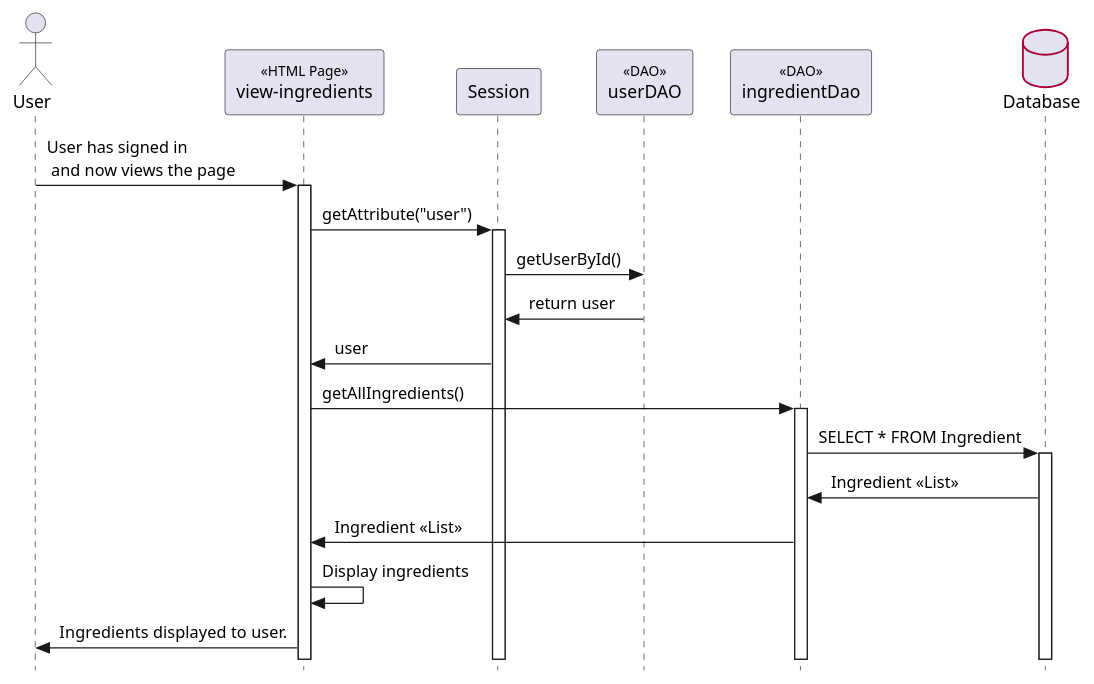
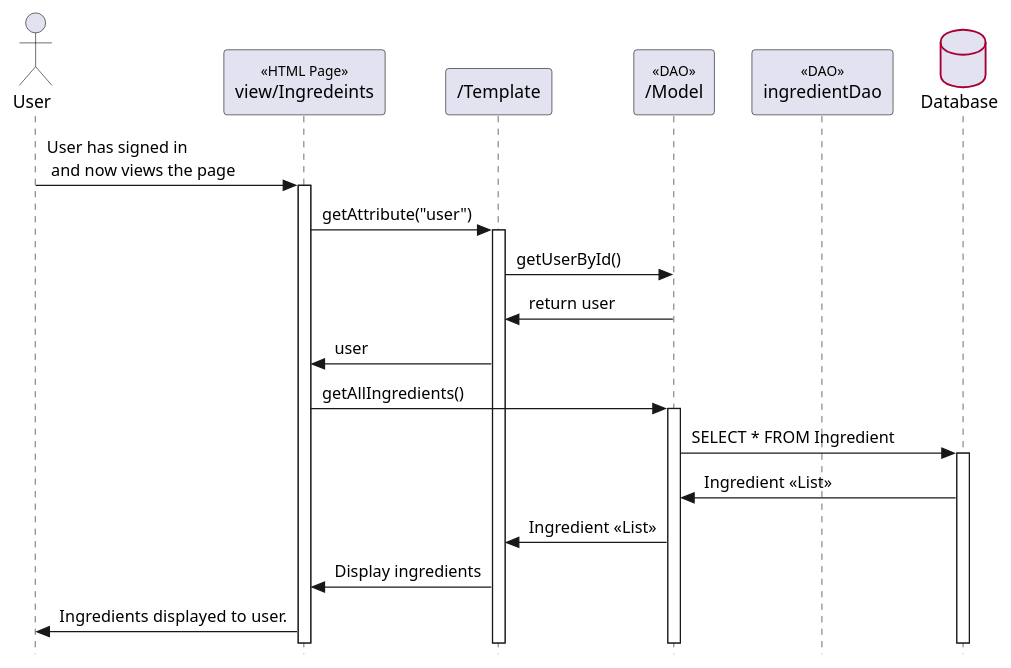
Before and after one commit to bluewolf44/PantryPal: the diagram in Diagrams/UserViewsIngredient.puml, drawn with PlantUML.

Commit message:
fixed the userviews ingredient sequence diagram

```diff
--- a/Diagrams/UserViewsIngredient.puml
+++ b/Diagrams/UserViewsIngredient.puml
@@ -1,51 +1,51 @@
 @startuml customerViewsProductPage
 
 ' === Style Tweaks ===
 
 skinparam {
   Style StrictUML
   RoundCorner 5
   ParticipantPadding 10
   Padding 2
   SequenceStereotype {
     Font {
       Size 11
       Style plain
     }
   }
   Database {
 	BorderColor #A80036
   }
 }
 
 
 ' === Actors / Participants
 
 actor "User" as user
-participant "view-ingredients" as viewIngredients << HTML Page >>
-participant "Session" as session
-participant "userDAO" as userDao << DAO >>
+participant "view/Ingredeints" as viewIngredients << HTML Page >>
+participant "/Template" as template
+participant "/Model" as model << DAO >>
 participant "ingredientDao" as ingredientDao << DAO >>
 database "Database" as db
 
 
 ' === Interactions ===
 
 user -> viewIngredients++ : User has signed in\n and now views the page
 
-viewIngredients -> session++ : getAttribute("user")
-session -> userDao : getUserById()
-userDao -> session : return user
-session -> viewIngredients : user
+viewIngredients -> template++ : getAttribute("user")
+template -> model : getUserById()
+model -> template : return user
+template -> viewIngredients : user
 
 
-viewIngredients -> ingredientDao++ : getAllIngredients()
-ingredientDao -> db++ : SELECT * FROM Ingredient
-db -> ingredientDao : Ingredient <<List>>
-ingredientDao -> viewIngredients : Ingredient <<List>>
+viewIngredients -> model++ : getAllIngredients()
+model -> db++ : SELECT * FROM Ingredient
+db -> model : Ingredient <<List>>
+model -> template : Ingredient <<List>>
 
-viewIngredients -> viewIngredients : Display ingredients
+template -> viewIngredients : Display ingredients
 viewIngredients -> user : Ingredients displayed to user.
 
 
 @enduml
```
